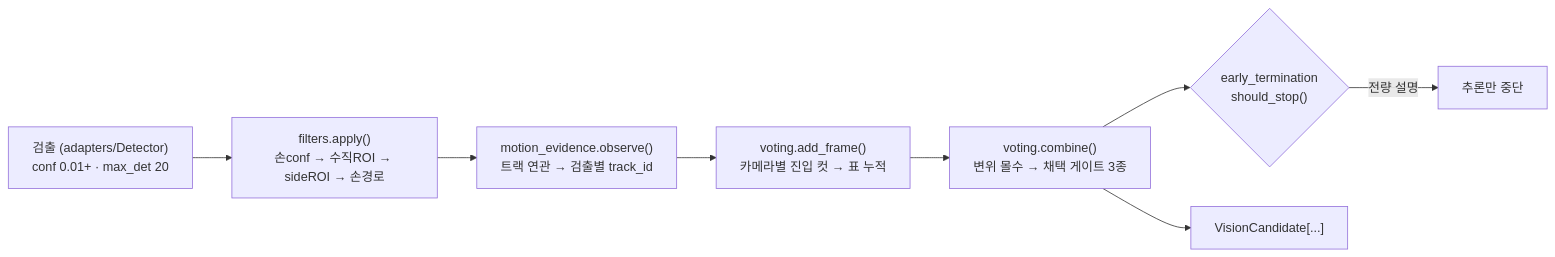
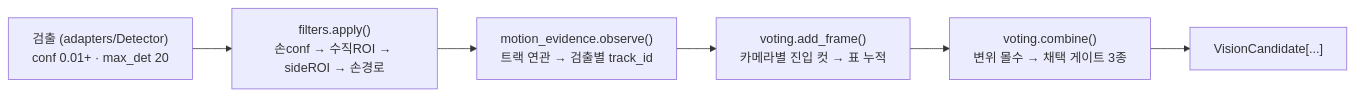
The diagram in crk_model/perception/README.md (CHAI-Student/CRK-model-HG), drawn with Mermaid before and after one commit. The commit also changed other lines of this file and 60 other files, not shown here.

````diff
--- a/crk_model/perception/README.md
+++ b/crk_model/perception/README.md
@@ -33,10 +31,8 @@
 ```mermaid
 flowchart LR
     RAW["검출 (adapters/Detector)<br/>conf 0.01+ · max_det 20"] --> F["filters.apply()<br/>손conf → 수직ROI → sideROI → 손경로"]
     F --> ME["motion_evidence.observe()<br/>트랙 연관 → 검출별 track_id"]
     ME --> V["voting.add_frame()<br/>카메라별 진입 컷 → 표 누적"]
     V --> C["voting.combine()<br/>변위 몰수 → 채택 게이트 3종"]
-    C --> ET{"early_termination<br/>should_stop()"}
-    ET -- "전량 설명" --> STOP["추론만 중단"]
     C --> OUT["VisionCandidate[...]"]
 ```
````
